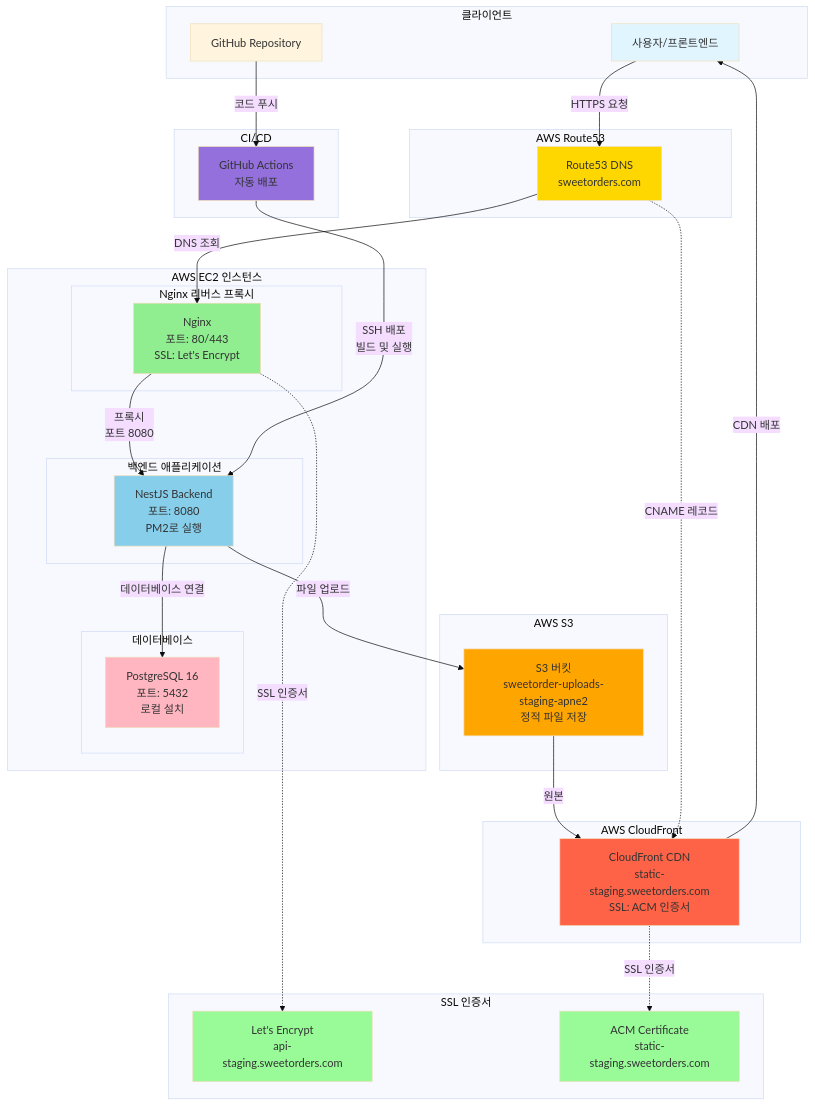
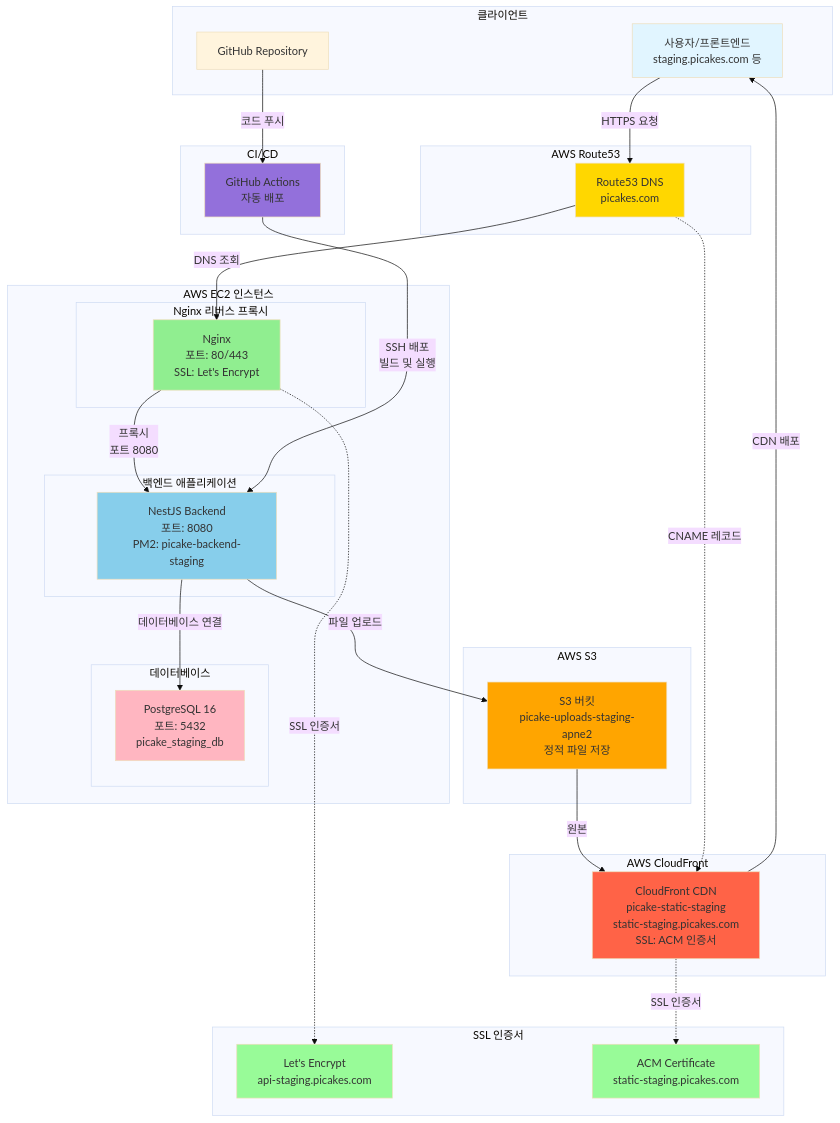
One commit to picake-team/picake-engineering-backend changed the diagram in docs/infra/aws/EC2_Route53_S3_CloudFront.md. Above: the diagram before and after it, drawn with Mermaid (base theme). The commit also changed other lines of this file, not shown here.

First line of the commit message:
[DEPLOY][UPDATE]: Refine EC2 deployment workflow and documentation for Picake project

````diff
--- a/docs/infra/aws/EC2_Route53_S3_CloudFront.md
+++ b/docs/infra/aws/EC2_Route53_S3_CloudFront.md
@@ -555,79 +561,79 @@
 ```mermaid
 graph TB
     subgraph "클라이언트"
-        User[사용자/프론트엔드]
+        User[사용자/프론트엔드<br/>staging.picakes.com 등]
         GitHub[GitHub Repository]
     end
 
     subgraph "AWS Route53"
-        Route53[Route53 DNS<br/>sweetorders.com]
+        Route53[Route53 DNS<br/>picakes.com]
     end
 
     subgraph "AWS EC2 인스턴스"
         subgraph "Nginx 리버스 프록시"
             Nginx[Nginx<br/>포트: 80/443<br/>SSL: Let's Encrypt]
         end
 
         subgraph "백엔드 애플리케이션"
-            Backend[NestJS Backend<br/>포트: 8080<br/>PM2로 실행]
+            Backend[NestJS Backend<br/>포트: 8080<br/>PM2: picake-backend-staging]
         end
 
         subgraph "데이터베이스"
-            PostgreSQL[PostgreSQL 16<br/>포트: 5432<br/>로컬 설치]
+            PostgreSQL[PostgreSQL 16<br/>포트: 5432<br/>picake_staging_db]
         end
     end
 
     subgraph "AWS S3"
-        S3[S3 버킷<br/>sweetorder-uploads-staging-apne2<br/>정적 파일 저장]
+        S3[S3 버킷<br/>picake-uploads-staging-apne2<br/>정적 파일 저장]
     end
 
     subgraph "AWS CloudFront"
-        CloudFront[CloudFront CDN<br/>static-staging.sweetorders.com<br/>SSL: ACM 인증서]
+        CloudFront[CloudFront CDN<br/>picake-static-staging<br/>static-staging.picakes.com<br/>SSL: ACM 인증서]
     end
 
     subgraph "CI/CD"
         GitHubActions[GitHub Actions<br/>자동 배포]
     end
 
     subgraph "SSL 인증서"
-        LetsEncrypt[Let's Encrypt<br/>api-staging.sweetorders.com]
-        ACM[ACM Certificate<br/>static-staging.sweetorders.com]
+        LetsEncrypt[Let's Encrypt<br/>api-staging.picakes.com]
+        ACM[ACM Certificate<br/>static-staging.picakes.com]
     end
 
     %% 클라이언트 → Route53
     User -->|HTTPS 요청| Route53
     Route53 -->|DNS 조회| Nginx
 
     %% Nginx → Backend
     Nginx -->|프록시<br/>포트 8080| Backend
     Nginx -.->|SSL 인증서| LetsEncrypt
 
     %% Backend → PostgreSQL
     Backend -->|데이터베이스 연결| PostgreSQL
 
     %% Backend → S3
     Backend -->|파일 업로드| S3
 
     %% S3 → CloudFront
     S3 -->|원본| CloudFront
     CloudFront -->|CDN 배포| User
     CloudFront -.->|SSL 인증서| ACM
 
     %% GitHub Actions → EC2
     GitHub -->|코드 푸시| GitHubActions
     GitHubActions -->|SSH 배포<br/>빌드 및 실행| Backend
 
     %% Route53 → CloudFront
     Route53 -.->|CNAME 레코드| CloudFront
 
     style User fill:#e1f5ff
     style Route53 fill:#ffd700
     style Nginx fill:#90ee90
     style Backend fill:#87ceeb
     style PostgreSQL fill:#ffb6c1
     style S3 fill:#ffa500
     style CloudFront fill:#ff6347
     style GitHubActions fill:#9370db
     style LetsEncrypt fill:#98fb98
     style ACM fill:#98fb98
 ```
````
